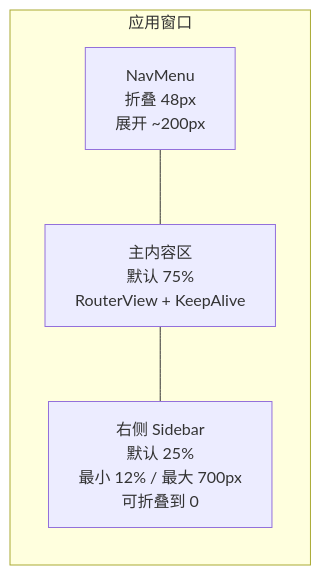
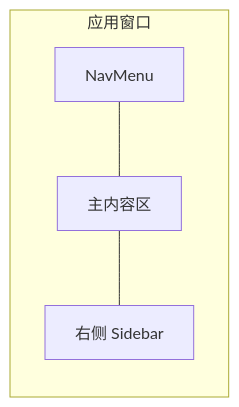
The diagram in zh/decision/layout-strategy.md (Map1en/vrcx-docs), drawn with Mermaid before and after one commit. The commit also changed 16 other files, not shown here.

````diff
--- a/zh/decision/layout-strategy.md
+++ b/zh/decision/layout-strategy.md
@@ -5,9 +5,9 @@
 ```mermaid
 graph LR
     subgraph Window["应用窗口"]
-        Nav["NavMenu<br/>折叠 48px<br/>展开 ~200px"]
-        Main["主内容区<br/>默认 75%<br/>RouterView + KeepAlive"]
-        Side["右侧 Sidebar<br/>默认 25%<br/>最小 12% / 最大 700px<br/>可折叠到 0"]
+        Nav["NavMenu"]
+        Main["主内容区"]
+        Side["右侧 Sidebar"]
     end
     Nav --- Main --- Side
 ```
````
